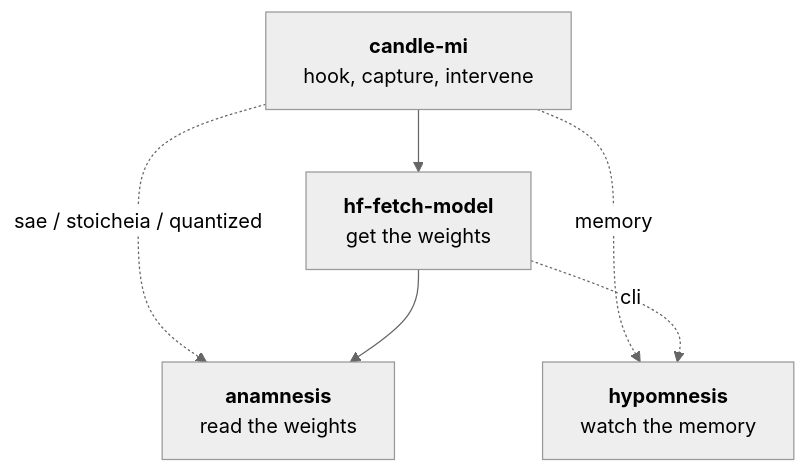
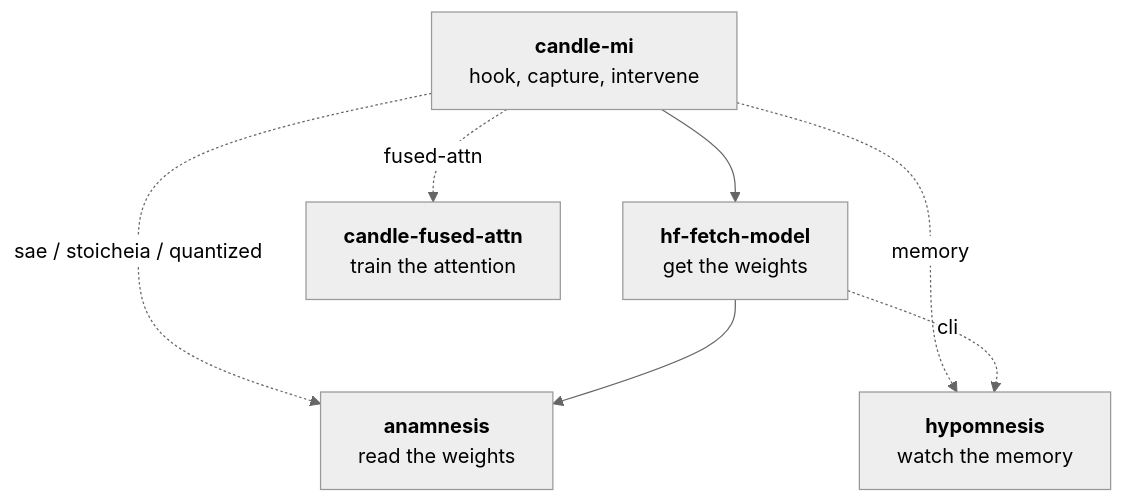
The diagram in profile/README.md (mi-for-the-rust-of-us/.github), drawn with Mermaid (neutral theme) before and after one commit. The commit also changed 1 other file, not shown here.

Commit message:
docs: candle-mi 0.2.2 is out; candle-fused-attn joins the graph
candle-mi 0.2.2 shipped to crates.io on 2026-10-12 (its first release
through Trusted Publishing) with the `fused-attn` feature, so the profile
graph gains the candle-fused-attn node and its one edge, `CM -. fused-attn
.-> FA` (its only dependency is candle-core, no organization crate). The
roadmap's candle-mi row moves to 0.2.2, the candle-fused-attn coupling
paragraph is now present tense, and the two hygiene bullets record what
0.2.2 closed: the missing publish.yml lane, and the lane and feature lists
now checked by candle-mi's scripts/lane-parity.ps1 (candle-mi#2).

````diff
--- a/profile/README.md
+++ b/profile/README.md
@@ -24,13 +24,15 @@
 ```mermaid
 graph TD
     CM["<b>candle-mi</b><br/>hook, capture, intervene"]
     HFM["<b>hf-fetch-model</b><br/>get the weights"]
     AMN["<b>anamnesis</b><br/>read the weights"]
     HMN["<b>hypomnesis</b><br/>watch the memory"]
+    FA["<b>candle-fused-attn</b><br/>train the attention"]
 
     CM --> HFM
     CM -. "sae / stoicheia / quantized" .-> AMN
     CM -. "memory" .-> HMN
+    CM -. "fused-attn" .-> FA
     HFM --> AMN
     HFM -. "cli" .-> HMN
 ```
````
